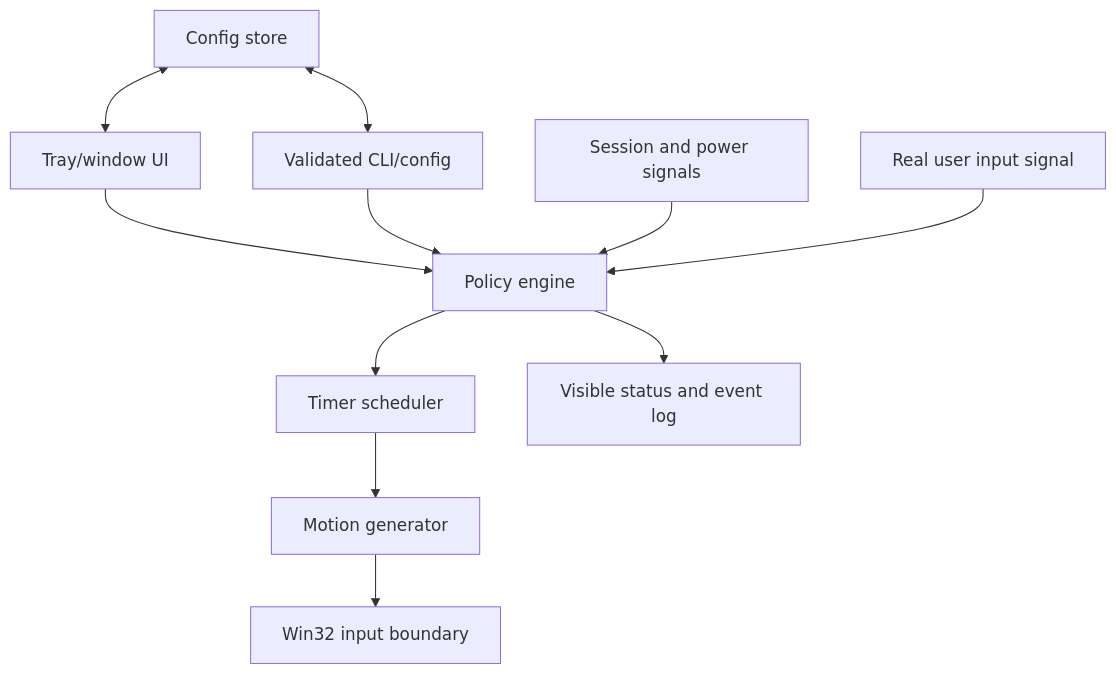
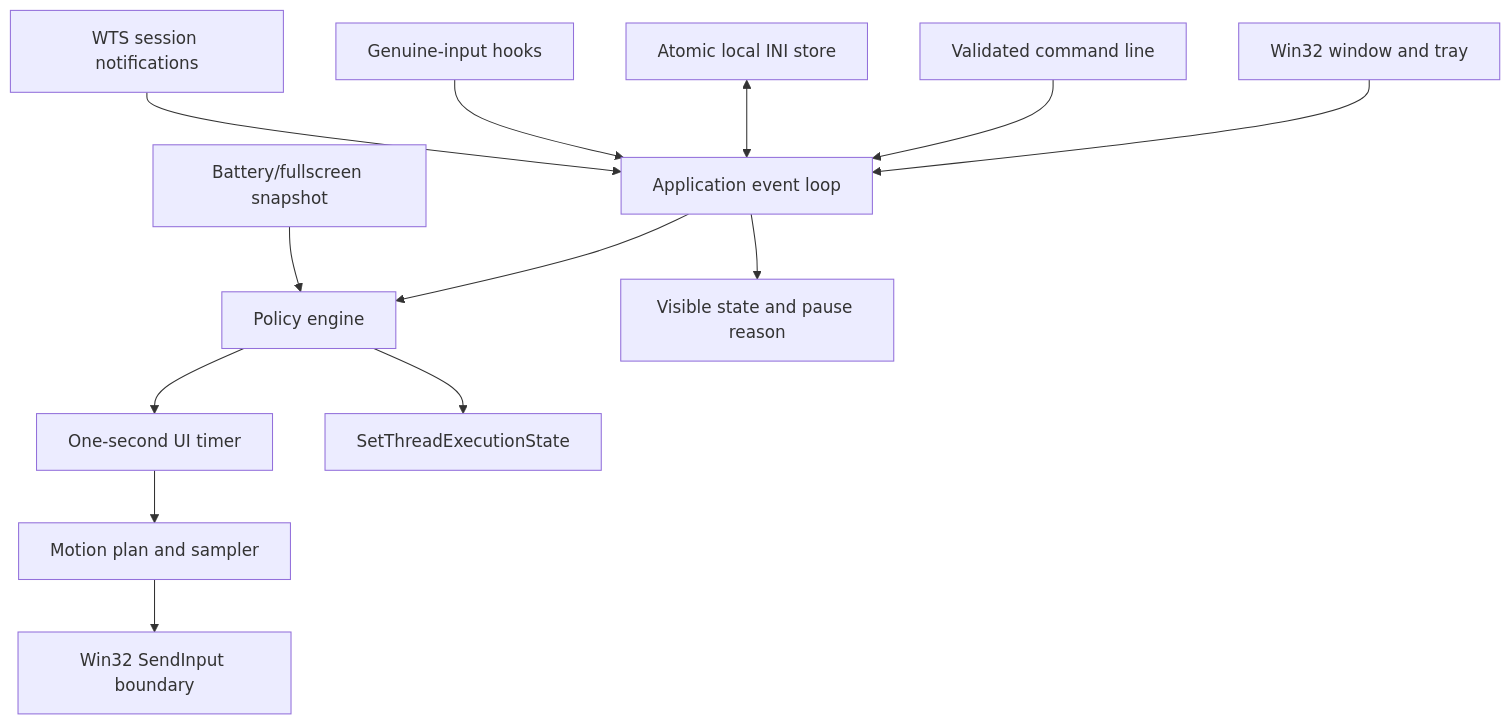
Before and after one commit to Chris0Jeky/IdleHarbor: the first of 2 diagrams in docs/ARCHITECTURE.md, drawn with Mermaid. The commit also changed other lines of this file and 2 other files, not shown here.

````diff
--- a/docs/ARCHITECTURE.md
+++ b/docs/ARCHITECTURE.md
@@ -21,13 +9,15 @@
 ```mermaid
 flowchart TD
-  UI[Tray/window UI] --> P[Policy engine]
-  CLI[Validated CLI/config] --> P
-  S[Session and power signals] --> P
-  I[Real user input signal] --> P
-  P --> T[Timer scheduler]
-  T --> M[Motion generator]
-  M --> W[Win32 input boundary]
-  P --> V[Visible status and event log]
-  C[Config store] <--> UI
-  C <--> CLI
+  UI[Win32 window and tray] --> APP[Application event loop]
+  CLI[Validated command line] --> APP
+  CFG[Atomic local INI store] <--> APP
+  APP --> CORE[Policy engine]
+  INPUT[Genuine-input hooks] --> APP
+  SESSION[WTS session notifications] --> APP
+  POWER[Battery/fullscreen snapshot] --> CORE
+  CORE --> TIMER[One-second UI timer]
+  TIMER --> MOTION[Motion plan and sampler]
+  MOTION --> SEND[Win32 SendInput boundary]
+  CORE --> EXEC[SetThreadExecutionState]
+  APP --> STATUS[Visible state and pause reason]
 ```
````
